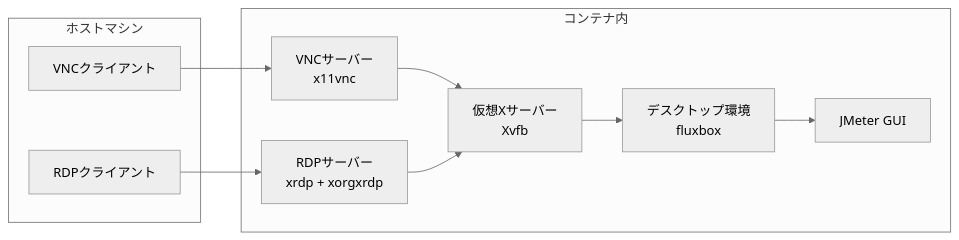
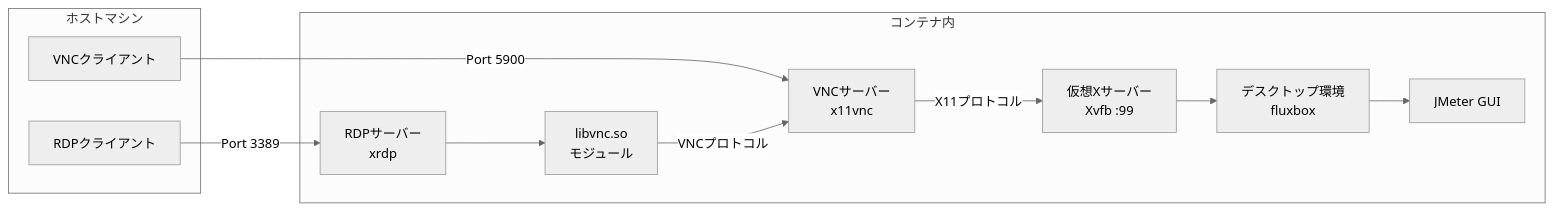
One commit to guitarrapc/blog changed the diagram in draft_entries/17179246901342921221.md. Above: the diagram before and after it, drawn with Mermaid (neutral theme). The commit also changed other lines of this file and 1 other file, not shown here.

````diff
--- a/draft_entries/17179246901342921221.md
+++ b/draft_entries/17179246901342921221.md
@@ -145,21 +161,23 @@
 ```mermaid
 graph LR
   subgraph ホストマシン
     A[VNCクライアント]
     B[RDPクライアント]
   end
   subgraph コンテナ内
     C[VNCサーバー<br/>x11vnc]
-    D[RDPサーバー<br/>xrdp + xorgxrdp]
-    E[仮想Xサーバー<br/>Xvfb]
+    D[RDPサーバー<br/>xrdp]
+    D1[libvnc.so<br/>モジュール]
+    E[仮想Xサーバー<br/>Xvfb :99]
     F[デスクトップ環境<br/>fluxbox]
     G[JMeter GUI]
   end
 
-  A --> C
-  B --> D
-  C --> E
-  D --> E
+  A -->|Port 5900| C
+  B -->|Port 3389| D
+  D --> D1
+  D1 -->|VNCプロトコル| C
+  C -->|X11プロトコル| E
   E --> F
   F --> G
 ```
````
